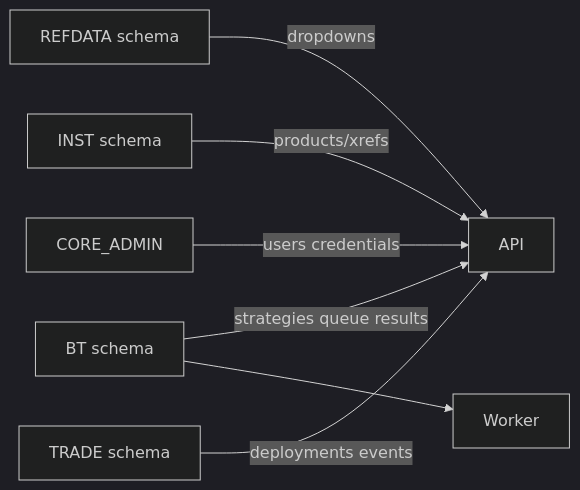
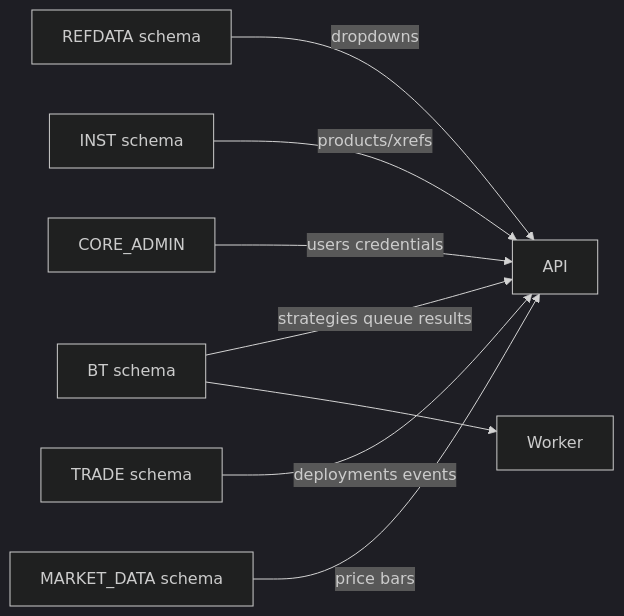
Before and after one commit to alfred1123/Quant_Strategies: the second of 2 diagrams in docs/architecture/overview.md, drawn with Mermaid (dark theme). The commit also changed other lines of this file and 18 other files, not shown here.

First line of the commit message:
Align guides, ops architecture, and design statuses with the codebase

````diff
--- a/docs/architecture/overview.md
+++ b/docs/architecture/overview.md
@@ -96,9 +101,10 @@
 ```mermaid
 flowchart LR
   REFDATA[REFDATA schema] -->|dropdowns| API
   INST[INST schema] -->|products/xrefs| API
   BT[BT schema] -->|strategies queue results| API
   BT --> WORKER[Worker]
   CORE[CORE_ADMIN] -->|users credentials| API
   TRADE[TRADE schema] -->|deployments events| API
+  MD[MARKET_DATA schema] -->|price bars| API
 ```
````
